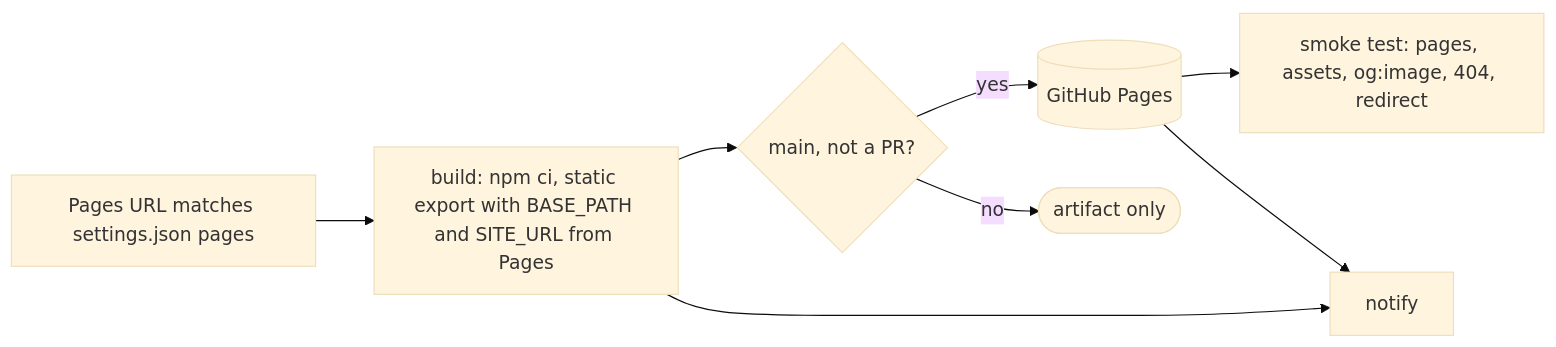
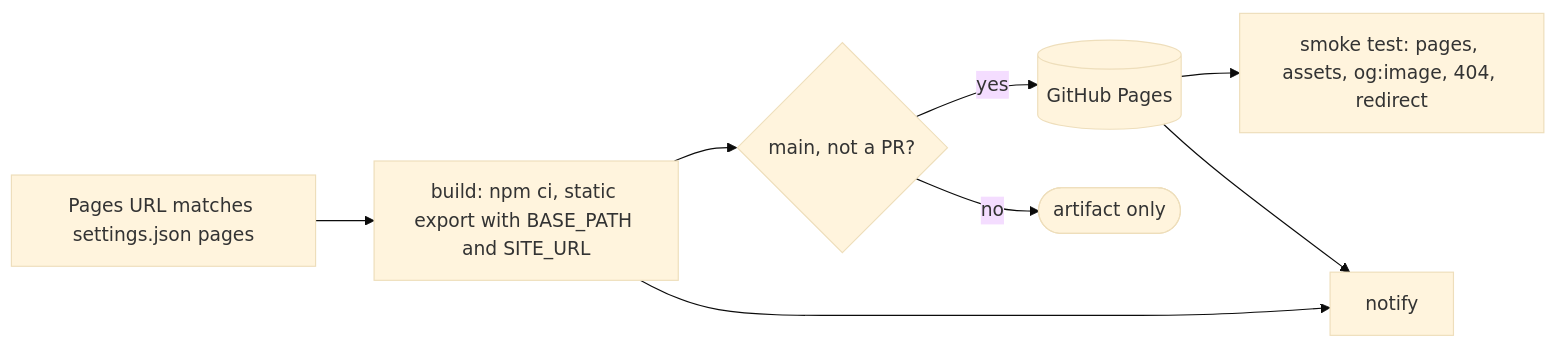
The fourth of 10 diagrams in .github/workflows/README.md (octopot/indexit), drawn with Mermaid (base theme) before and after one commit. The commit also changed other lines of this file and 3 other files, not shown here.

Commit message:
ci/cd: build the docs preview of a pull request without Pages access

````diff
--- a/.github/workflows/README.md
+++ b/.github/workflows/README.md
@@ -153,7 +153,7 @@
 ```mermaid
 flowchart LR
-  check[Pages URL matches settings.json pages] --> build[build: npm ci, static export with BASE_PATH and SITE_URL from Pages] --> deploy{main, not a PR?}
+  check[Pages URL matches settings.json pages] --> build[build: npm ci, static export with BASE_PATH and SITE_URL] --> deploy{main, not a PR?}
   deploy -- yes --> pages[(GitHub Pages)] --> smoke[smoke test: pages, assets, og:image, 404, redirect]
   deploy -- no --> skip([artifact only])
   build & pages --> notify[notify]
 ```
````
